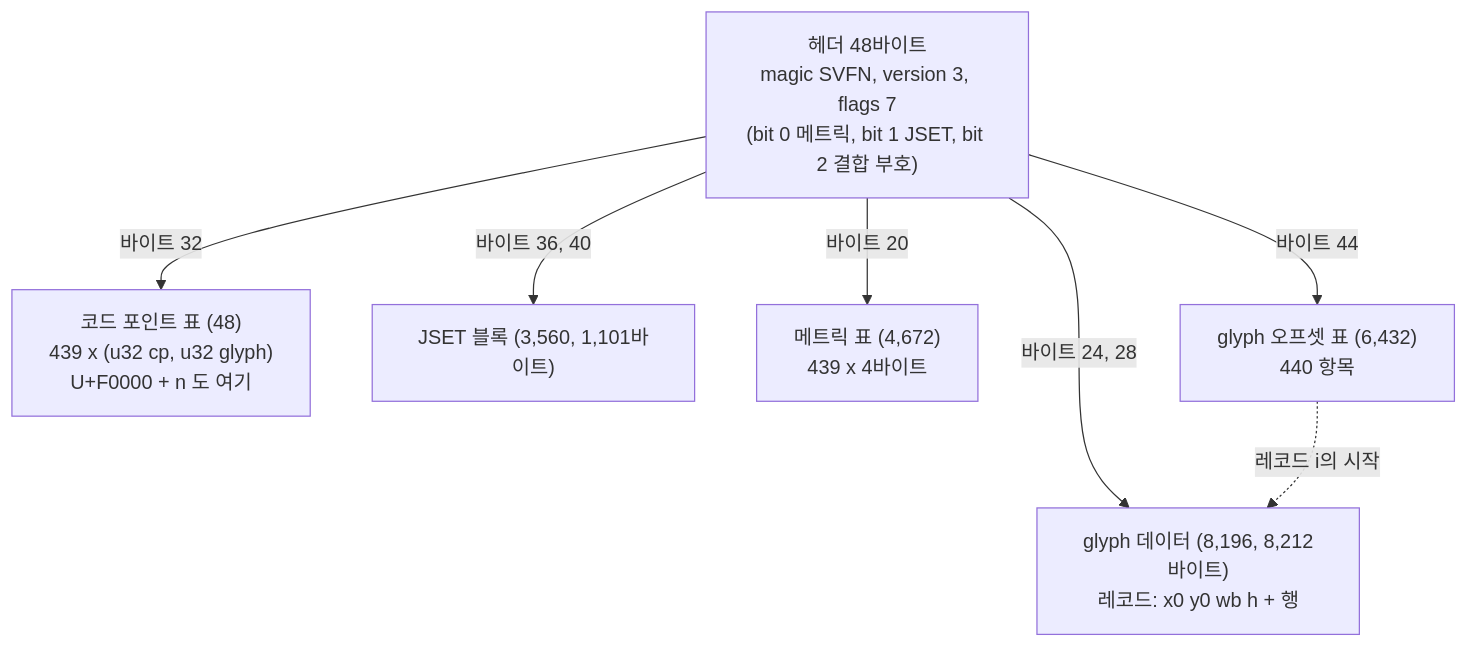
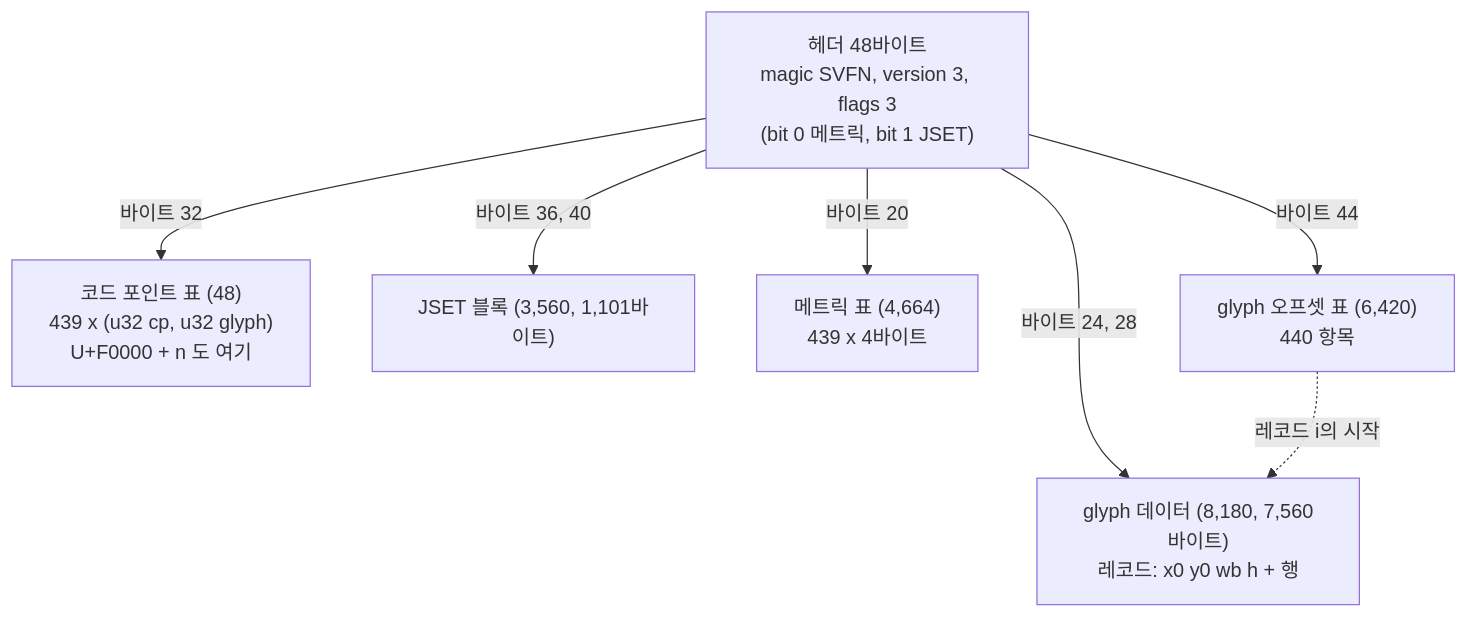
Before and after one commit to TaehyunKimLL/svf-fonts-open: diagram 13 of 27 in docs/jamo-sets.ko.md, drawn with Mermaid. The commit also changed other lines of this file and 7 other files, not shown here.

````diff
--- a/docs/jamo-sets.ko.md
+++ b/docs/jamo-sets.ko.md
@@ -548,10 +556,10 @@
 ```mermaid
 flowchart TD
-  H["헤더 48바이트<br/>magic SVFN, version 3, flags 7<br/>(bit 0 메트릭, bit 1 JSET, bit 2 결합 부호)"]
+  H["헤더 48바이트<br/>magic SVFN, version 3, flags 3<br/>(bit 0 메트릭, bit 1 JSET)"]
   H -->|"바이트 32"| C["코드 포인트 표 (48)<br/>439 x (u32 cp, u32 glyph)<br/>U+F0000 + n 도 여기"]
   H -->|"바이트 36, 40"| J["JSET 블록 (3,560, 1,101바이트)"]
-  H -->|"바이트 20"| M["메트릭 표 (4,672)<br/>439 x 4바이트"]
-  H -->|"바이트 44"| O["glyph 오프셋 표 (6,432)<br/>440 항목"]
-  H -->|"바이트 24, 28"| D["glyph 데이터 (8,196, 8,212바이트)<br/>레코드: x0 y0 wb h + 행"]
+  H -->|"바이트 20"| M["메트릭 표 (4,664)<br/>439 x 4바이트"]
+  H -->|"바이트 44"| O["glyph 오프셋 표 (6,420)<br/>440 항목"]
+  H -->|"바이트 24, 28"| D["glyph 데이터 (8,180, 7,560바이트)<br/>레코드: x0 y0 wb h + 행"]
   O -.->|레코드 i의 시작| D
 ```
````
